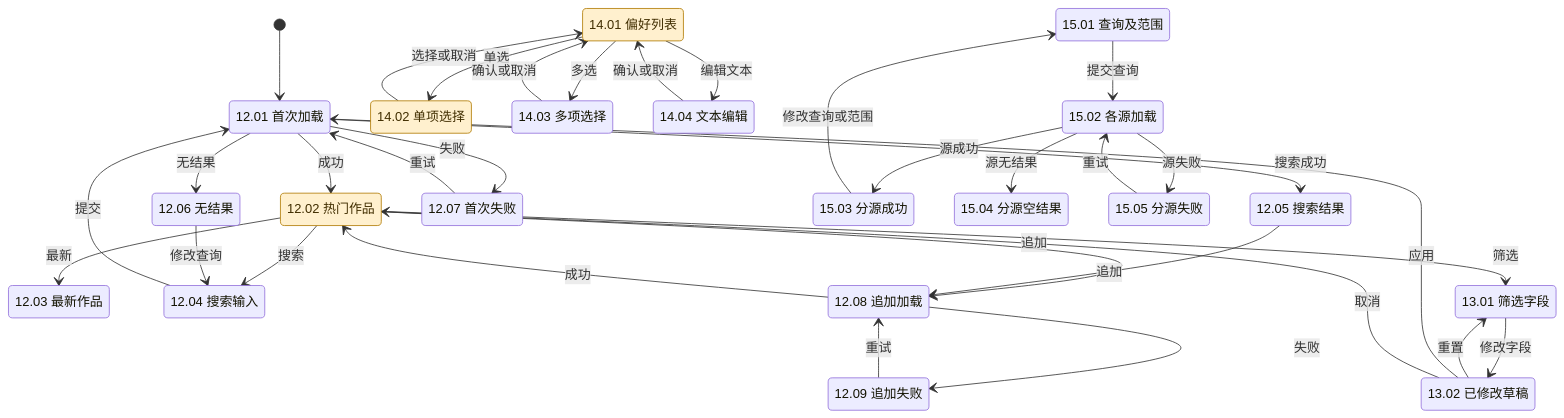
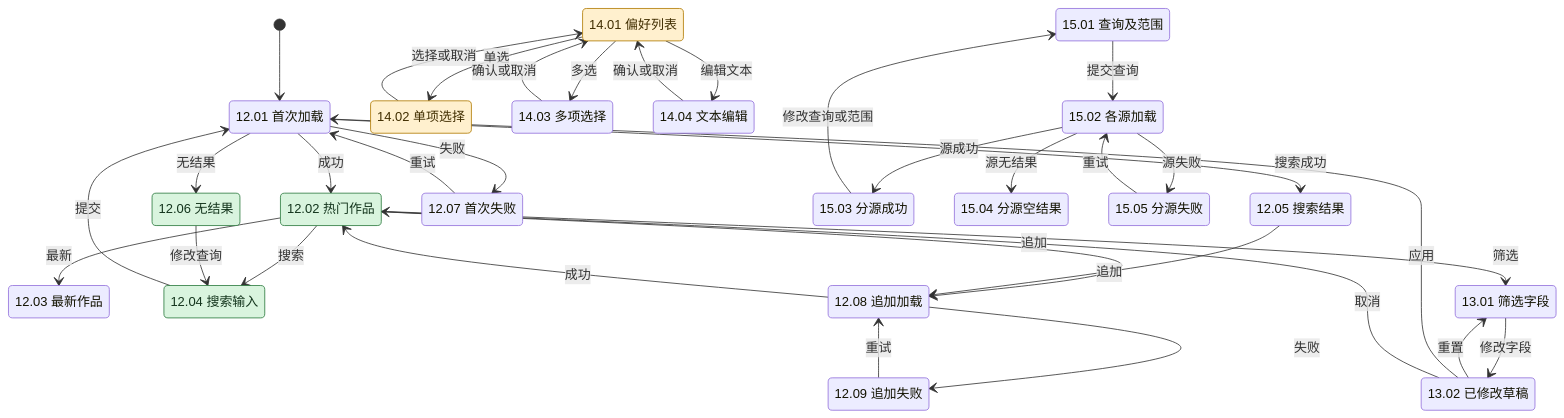
One commit to Wybxc/karuyomi changed the third of 7 diagrams in docs/verification/mihon-state-coverage.md. Above: the diagram before and after it, drawn with Mermaid. The commit also changed other lines of this file and 10 other files, not shown here.

````diff
--- a/docs/verification/mihon-state-coverage.md
+++ b/docs/verification/mihon-state-coverage.md
@@ -255,57 +261,59 @@
 ```mermaid
 stateDiagram-v2
     [*] --> B0
     state "12.01 首次加载" as B0
     state "12.02 热门作品" as B1
     state "12.03 最新作品" as B2
     state "12.04 搜索输入" as B3
     state "12.05 搜索结果" as B4
     state "12.06 无结果" as B5
     state "12.07 首次失败" as B6
     state "12.08 追加加载" as B7
     state "12.09 追加失败" as B8
     state "13.01 筛选字段" as F0
     state "13.02 已修改草稿" as F1
     state "14.01 偏好列表" as P0
     state "14.02 单项选择" as P1
     state "14.03 多项选择" as P2
     state "14.04 文本编辑" as P3
     state "15.01 查询及范围" as G0
     state "15.02 各源加载" as G1
     state "15.03 分源成功" as G2
     state "15.04 分源空结果" as G3
     state "15.05 分源失败" as G4
     B0 --> B1: 成功
     B0 --> B6: 失败
     B6 --> B0: 重试
     B1 --> B2: 最新
     B1 --> B3: 搜索
     B3 --> B0: 提交
     B0 --> B4: 搜索成功
     B0 --> B5: 无结果
     B5 --> B3: 修改查询
     B1 --> B7: 追加
     B4 --> B7: 追加
     B7 --> B1: 成功
     B7 --> B8: 失败
     B8 --> B7: 重试
     B1 --> F0: 筛选
     F0 --> F1: 修改字段
     F1 --> F0: 重置
     F1 --> B0: 应用
     F1 --> B1: 取消
     P0 --> P1: 单选
     P0 --> P2: 多选
     P0 --> P3: 编辑文本
     P1 --> P0: 选择或取消
     P2 --> P0: 确认或取消
     P3 --> P0: 确认或取消
     G0 --> G1: 提交查询
     G1 --> G2: 源成功
     G1 --> G3: 源无结果
     G1 --> G4: 源失败
     G4 --> G1: 重试
     G2 --> G0: 修改查询或范围
     classDef partial fill:#fff0ce,color:#412e00,stroke:#b07a00
-    class B1,P0,P1 partial
+    classDef paired fill:#d9f4de,color:#14351d,stroke:#2b7a3d
+    class P0,P1 partial
+    class B1,B3,B5 paired
 ```
````
